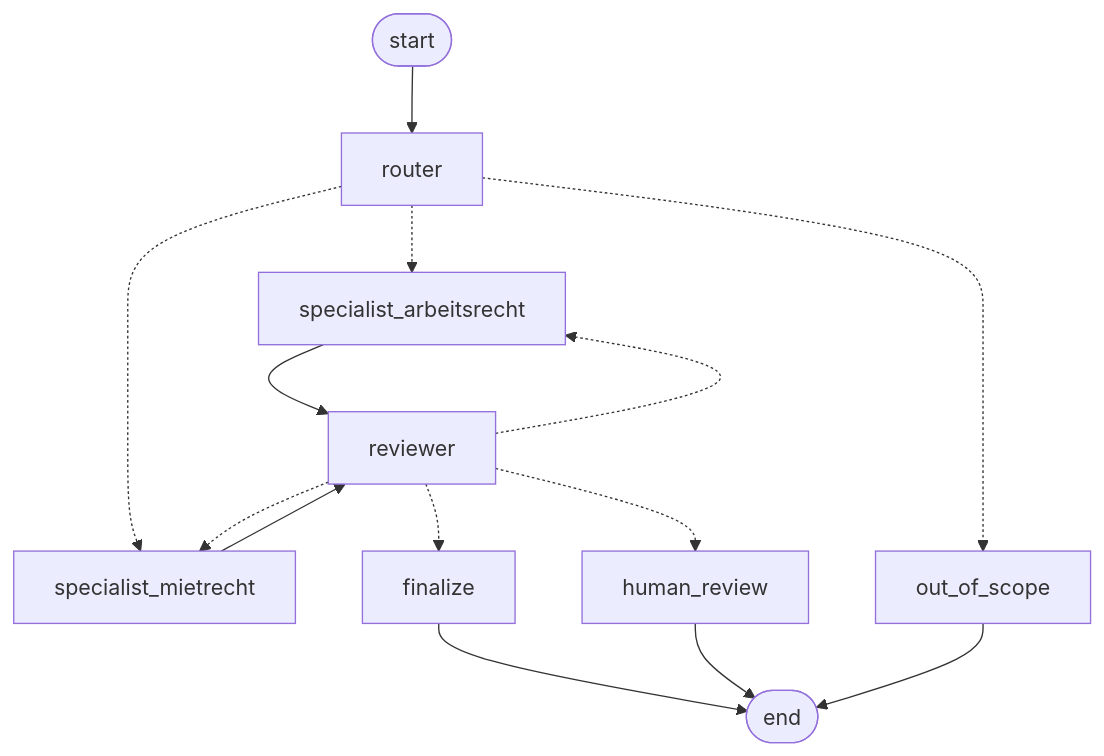
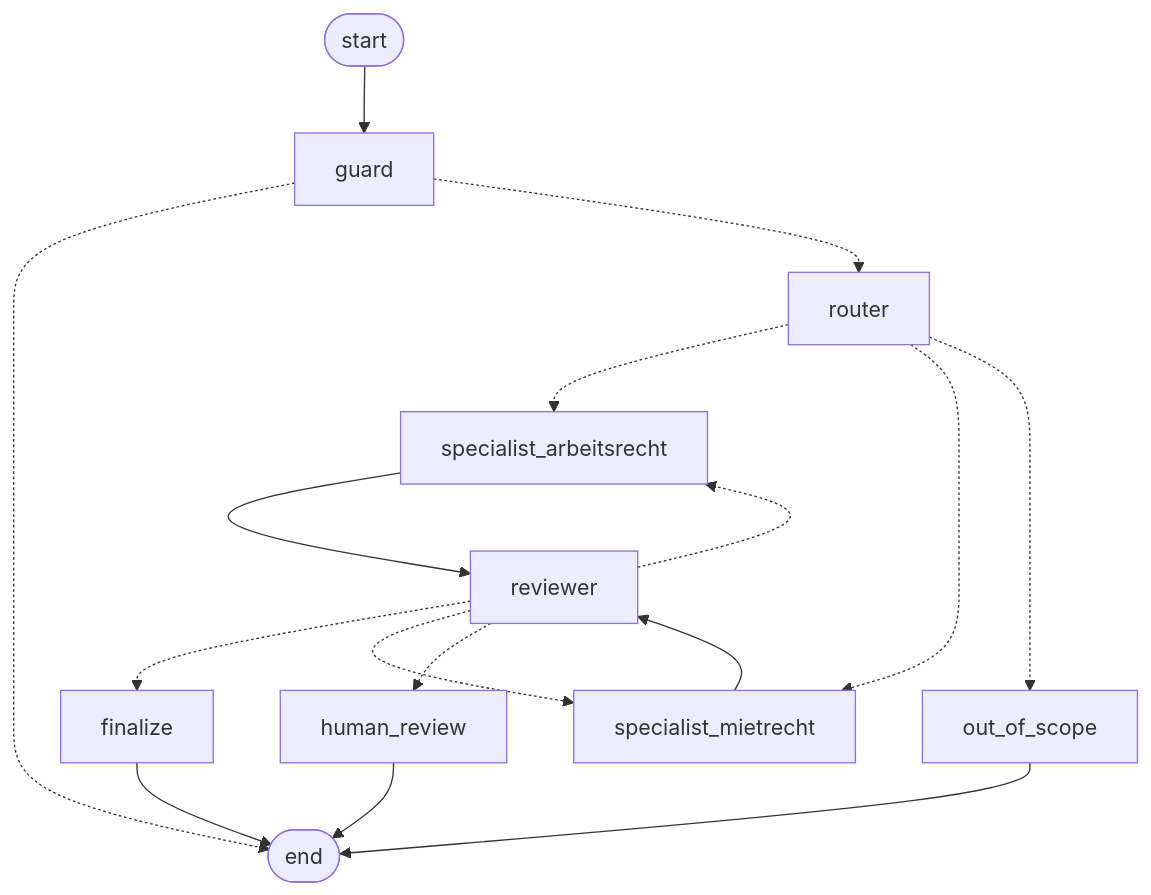
The second of 2 diagrams in docs/architecture.md (tim931451/swiss-legal-agent), drawn with Mermaid before and after one commit. The commit also changed other lines of this file and 13 other files, not shown here.

````diff
--- a/docs/architecture.md
+++ b/docs/architecture.md
@@ -43,16 +47,18 @@
 ```mermaid
 graph TD;
-    __start__([start]) --> router;
+    __start__([start]) --> guard;
+    guard -.-> __end__([end]);
+    guard -.-> router;
     router -.-> specialist_arbeitsrecht;
     router -.-> specialist_mietrecht;
     router -.-> out_of_scope;
     specialist_arbeitsrecht --> reviewer;
     specialist_mietrecht --> reviewer;
     reviewer -.-> finalize;
     reviewer -.-> specialist_arbeitsrecht;
     reviewer -.-> specialist_mietrecht;
     reviewer -.-> human_review;
-    finalize --> __end__([end]);
+    finalize --> __end__;
     human_review --> __end__;
     out_of_scope --> __end__;
 ```
````
